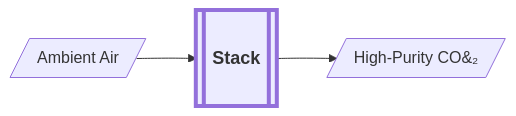
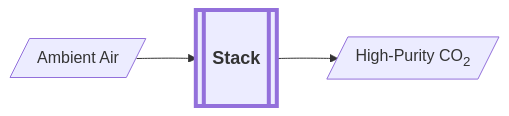
The second of 2 diagrams in content/tech/cdr/dac/_index.md (yuroucelinexiao/ionic-stacks), drawn with Mermaid before and after one commit. The commit also changed other lines of this file and 137 other files, not shown here.

```diff
--- a/content/tech/cdr/dac/_index.md
+++ b/content/tech/cdr/dac/_index.md
@@ -53,17 +53,17 @@
 {{<mermaid >}}
   flowchart LR
 
   %% define the nodes
     Ambient[/"Ambient Air"/]
     Stack[["Stack"]]
-    Pure[/"High-Purity CO&#8322;"/]
+    Pure[/"High-Purity CO<sub>2</sub>"/]
 
   %% define the flow
     Ambient --> Stack
     Stack --> Pure
 
    %% styling
     classDef StackStyle padding:25px 50px,stroke-width:4px,font-weight:bold,font-size:18px;
     class Stack StackStyle
 
 {{</mermaid >}}
```
